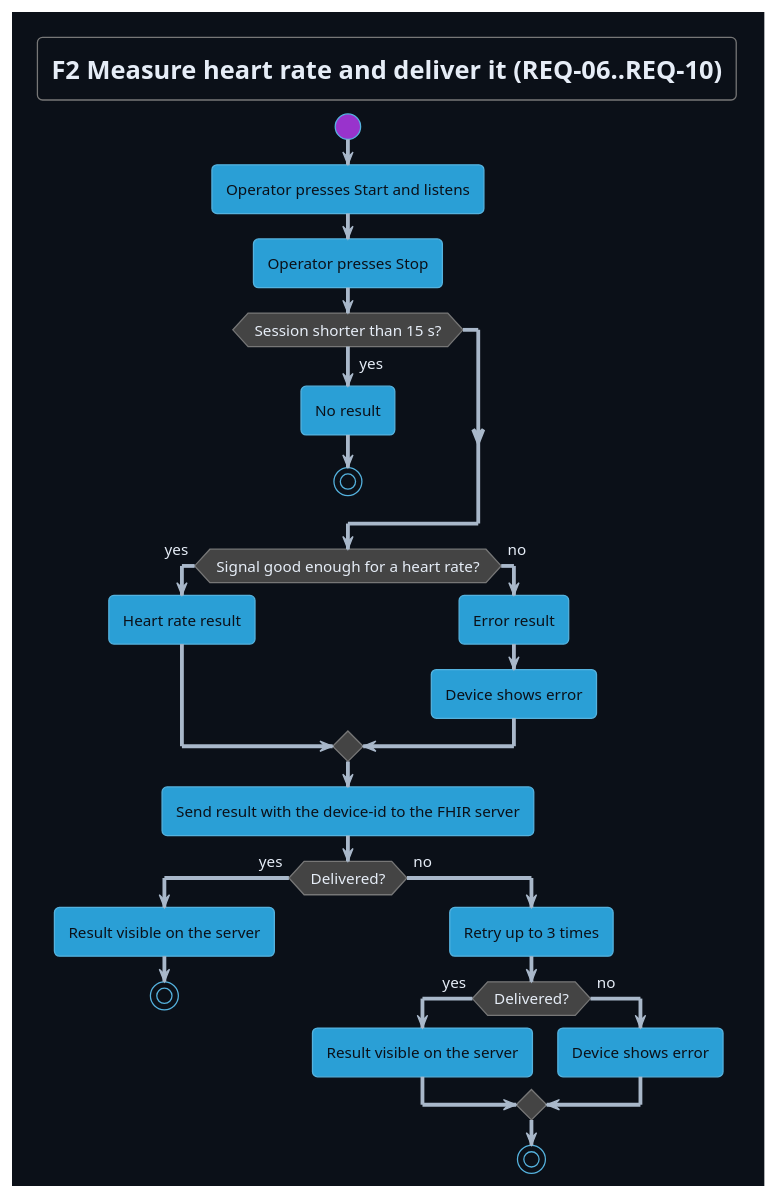
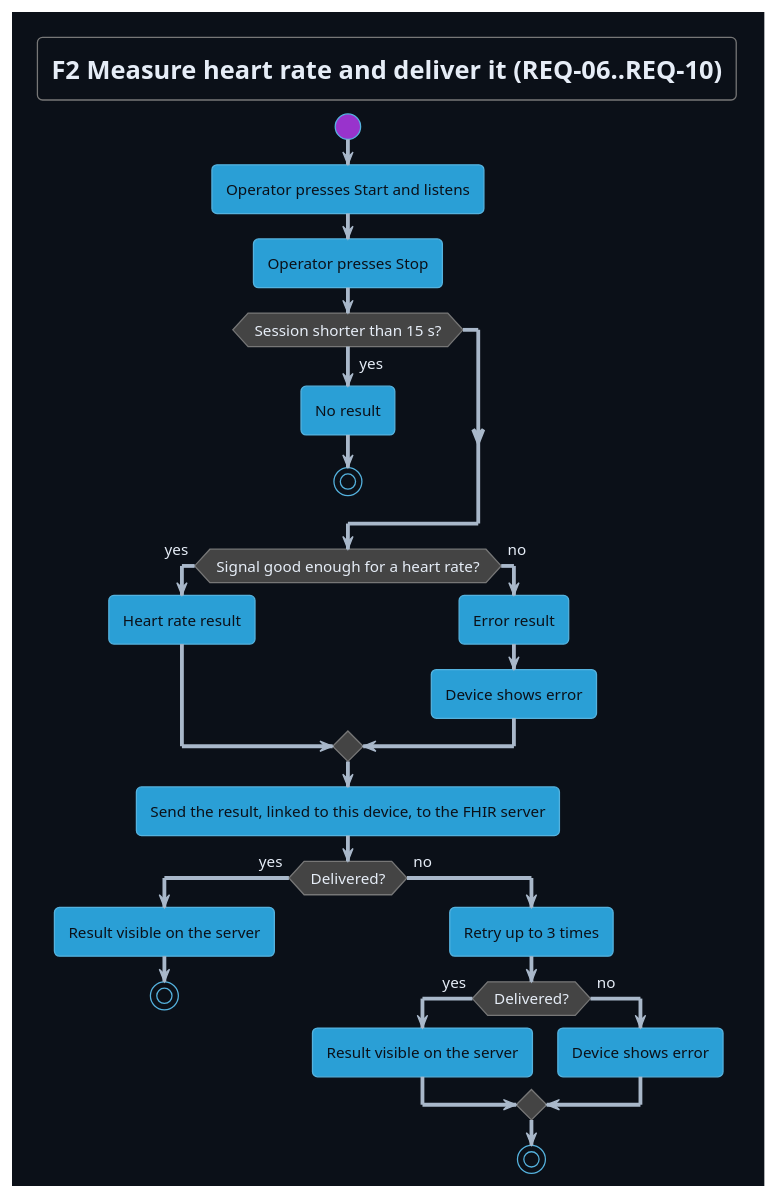
The diagram in Development/system/requirements/use-cases/uc-02-measure-and-deliver.puml (DemonicPsychoII/DigitalStethoscope), drawn with PlantUML before and after one commit. The commit also changed 120 other files, not shown here.

```diff
--- a/Development/system/requirements/use-cases/uc-02-measure-and-deliver.puml
+++ b/Development/system/requirements/use-cases/uc-02-measure-and-deliver.puml
@@ -1,39 +1,39 @@
 @startuml uc_02_measure_and_deliver
 !theme cyborg
 skinparam shadowing false
 skinparam defaultFontName SansSerif
 skinparam backgroundColor #0b1018
 skinparam defaultFontColor #e6edf7
 skinparam ArrowColor #a9b8ca
 skinparam activity {
  FontColor #0b1018
  DiamondFontColor #e6edf7
 }
 title F2 Measure heart rate and deliver it (REQ-06..REQ-10)
 start
 :Operator presses Start and listens;
 :Operator presses Stop;
 if (Session shorter than 15 s?) then (yes)
  :No result;
  stop
 endif
 if (Signal good enough for a heart rate?) then (yes)
  :Heart rate result;
 else (no)
  :Error result;
  :Device shows error;
 endif
-:Send result with the device-id to the FHIR server;
+:Send the result, linked to this device, to the FHIR server;
 if (Delivered?) then (yes)
  :Result visible on the server;
  stop
 else (no)
  :Retry up to 3 times;
  if (Delivered?) then (yes)
   :Result visible on the server;
  else (no)
   :Device shows error;
  endif
  stop
 endif
 @enduml
```
